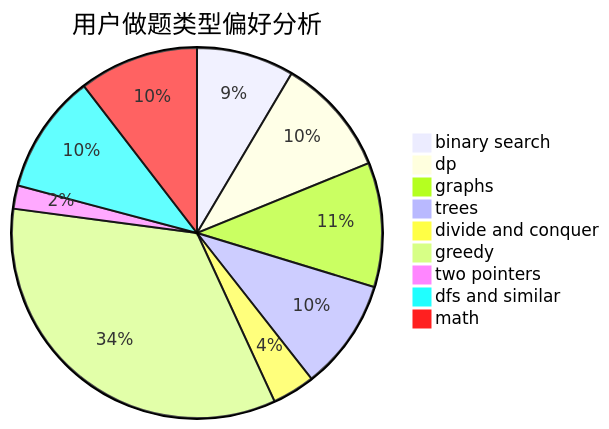
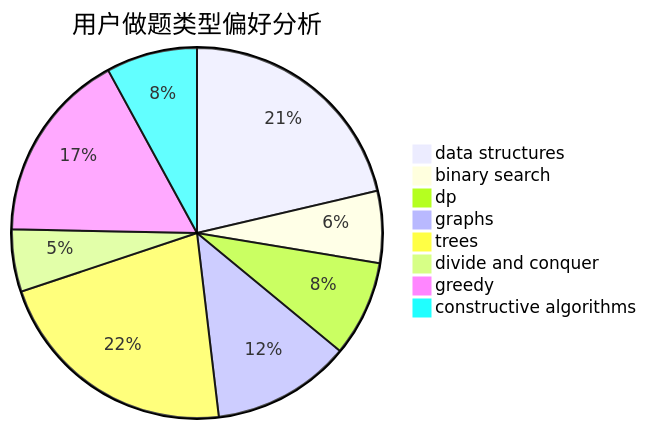
The second of 3 diagrams in docs/user/u785.md (sherpahu/cfrs.github.io), drawn with Mermaid before and after one commit. The commit also changed other lines of this file and 2775 other files, not shown here.

````diff
--- a/docs/user/u785.md
+++ b/docs/user/u785.md
@@ -23,12 +23,11 @@
 ```mermaid
 pie title 用户做题类型偏好分析
-    "binary search" :  80
-    "dp" :  97
-    "graphs" :  102
-    "trees" :  91
-    "divide and conquer" :  35
-    "greedy" :  319
-    "two pointers" :  19
-    "dfs and similar" :  98
-    "math" :  98
+    "data structures" :  51
+    "binary search" :  15
+    "dp" :  20
+    "graphs" :  29
+    "trees" :  52
+    "divide and conquer" :  13
+    "greedy" :  40
+    "constructive algorithms" :  19
 ```
````
